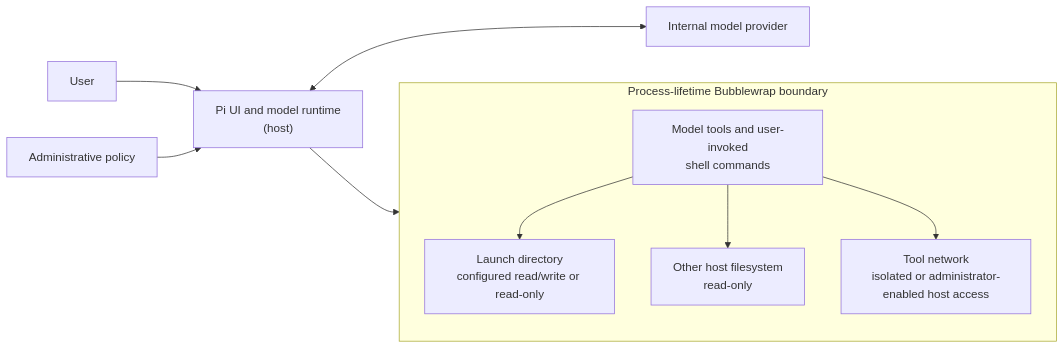
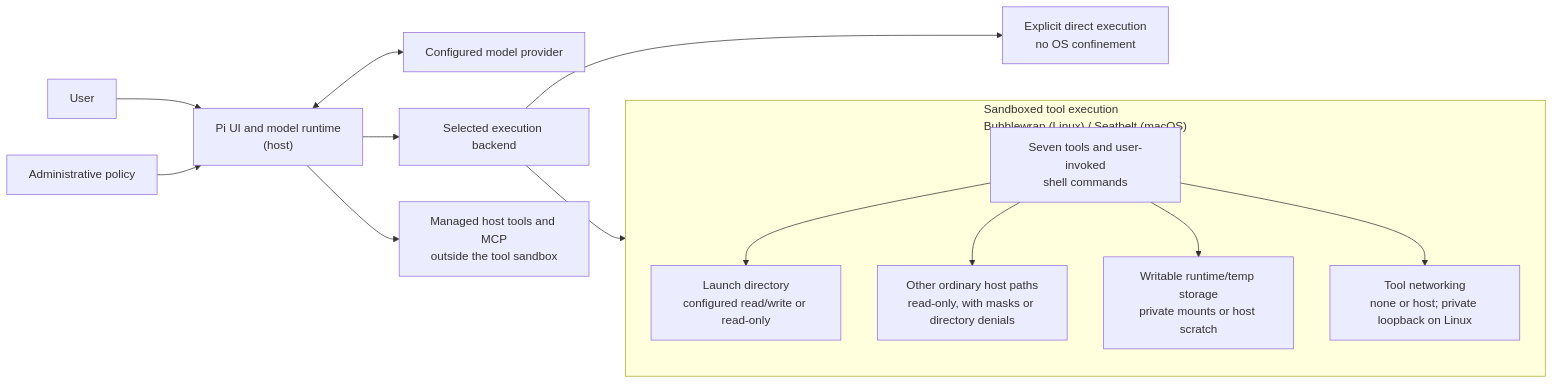
One commit to kcosr/pi-sandbox changed the diagram in README.md. Above: the diagram before and after it, drawn with Mermaid. The commit also changed other lines of this file and 7 other files, not shown here.

````diff
--- a/README.md
+++ b/README.md
@@ -55,20 +62,25 @@
 ```mermaid
 flowchart LR
     User[User] --> Pi["Pi UI and model runtime<br/>(host)"]
     Policy[Administrative policy] --> Pi
-    Pi <--> Provider[Internal model provider]
+    Pi <--> Provider[Configured model provider]
+    Pi --> Backend[Selected execution backend]
+    Pi --> HostTools["Managed host tools and MCP<br/>outside the tool sandbox"]
+    Backend --> Direct["Explicit direct execution<br/>no OS confinement"]
 
-    subgraph Sandbox["Process-lifetime Bubblewrap boundary"]
+    subgraph Sandbox["Sandboxed tool execution<br/>Bubblewrap (Linux) / Seatbelt (macOS)"]
         direction TB
-        Operations["Model tools and user-invoked<br/>shell commands"]
+        Operations["Seven tools and user-invoked<br/>shell commands"]
         LaunchDirectory["Launch directory<br/>configured read/write or read-only"]
-        HostFilesystem["Other host filesystem<br/>read-only"]
-        Network["Tool network<br/>isolated or administrator-enabled host access"]
+        HostFilesystem["Other ordinary host paths<br/>read-only, with masks or directory denials"]
+        Scratch["Writable runtime/temp storage<br/>private mounts or host scratch"]
+        Network["Tool networking<br/>none or host; private loopback on Linux"]
 
         Operations --> LaunchDirectory
         Operations --> HostFilesystem
+        Operations --> Scratch
         Operations --> Network
     end
 
-    Pi --> Operations
+    Backend --> Operations
 ```
````
